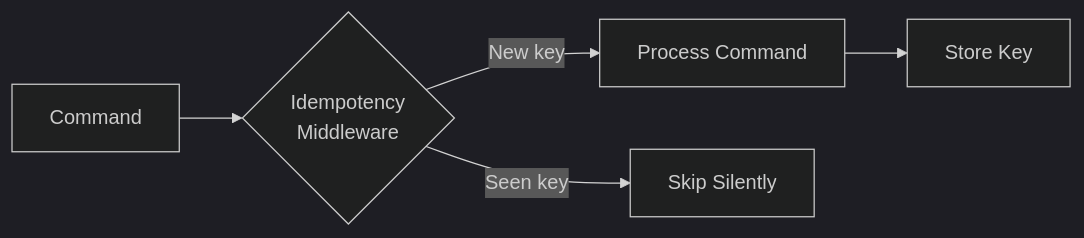
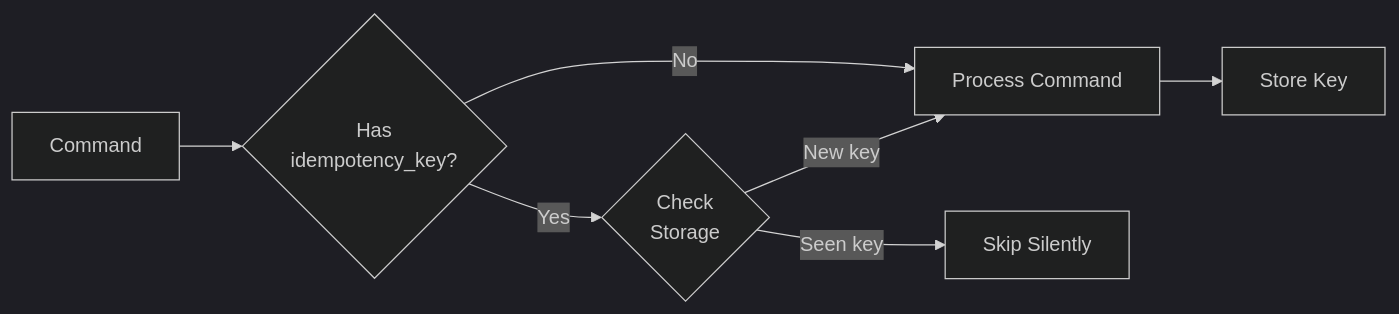
Before and after one commit to interlock-proj/interlock: the second of 2 diagrams in docs/concepts/commands.md, drawn with Mermaid (dark theme). The commit also changed other lines of this file and 11 other files, not shown here.

````diff
--- a/docs/concepts/commands.md
+++ b/docs/concepts/commands.md
@@ -307,7 +323,9 @@
 ```mermaid
 flowchart LR
-    CMD[Command] --> MW{Idempotency<br/>Middleware}
-    MW -->|New key| PROC[Process Command]
+    CMD[Command] --> CHK{Has<br/>idempotency_key?}
+    CHK -->|No| PROC[Process Command]
+    CHK -->|Yes| MW{Check<br/>Storage}
+    MW -->|New key| PROC
     MW -->|Seen key| SKIP[Skip Silently]
     PROC --> STORE[Store Key]
 ```
````
